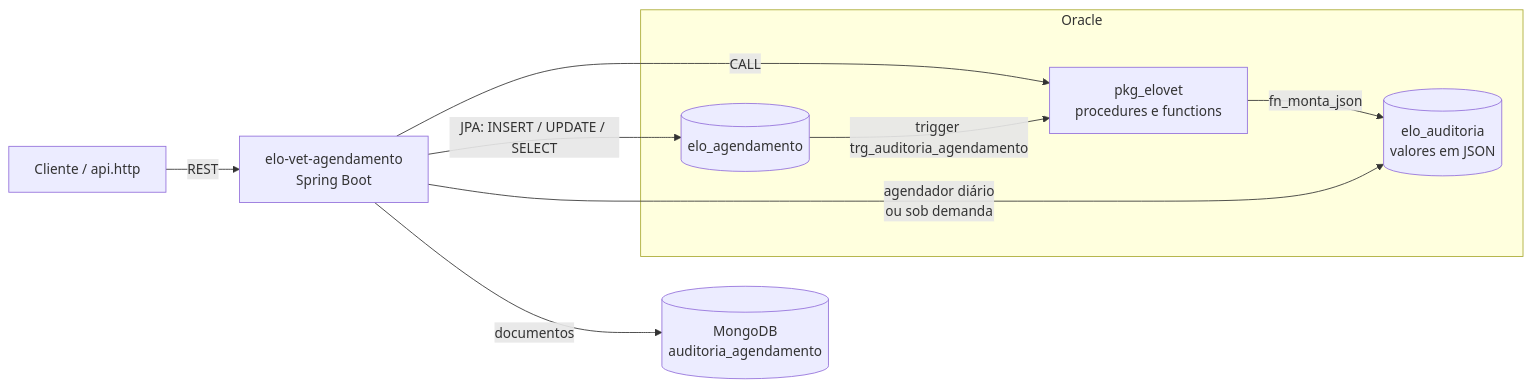
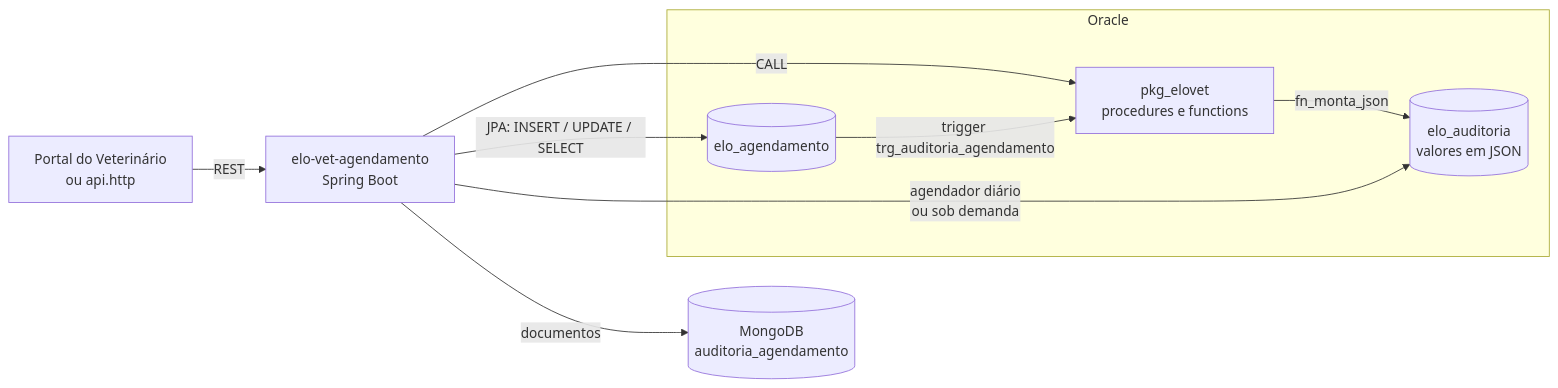
Before and after one commit to Challenge-2026-EloVet/elo-vet-agendamento: the diagram in README.md, drawn with Mermaid. The commit also changed other lines of this file and 8 other files, not shown here.

````diff
--- a/README.md
+++ b/README.md
@@ -27,15 +27,15 @@
 ```mermaid
 flowchart LR
-    C[Cliente / api.http] -->|REST| S[elo-vet-agendamento<br/>Spring Boot]
+    C[Portal do Veterinário<br/>ou api.http] -->|REST| S[elo-vet-agendamento<br/>Spring Boot]
     S -->|JPA: INSERT / UPDATE / SELECT| A[(elo_agendamento)]
     S -->|CALL| P[pkg_elovet<br/>procedures e functions]
     A -->|trigger trg_auditoria_agendamento| P
     P -->|fn_monta_json| AU[(elo_auditoria<br/>valores em JSON)]
     S -->|agendador diário<br/>ou sob demanda| AU
     S -->|documentos| M[(MongoDB<br/>auditoria_agendamento)]
     subgraph Oracle
         A
         P
         AU
     end
 ```
````
